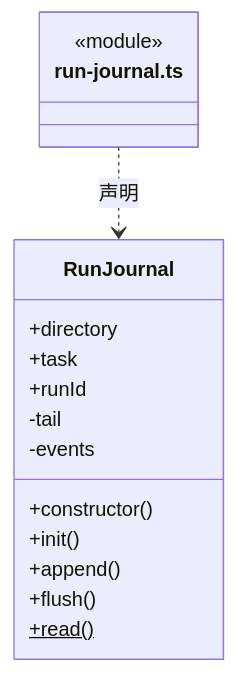
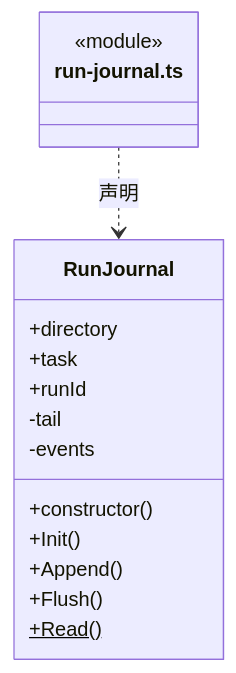
The second of 4 diagrams in src/logic/execution/storage/ARCHITECTURE.md (nan023062/cbim), drawn with Mermaid before and after one commit. The commit also changed other lines of this file and 1035 other files, not shown here.

````diff
--- a/src/logic/execution/storage/ARCHITECTURE.md
+++ b/src/logic/execution/storage/ARCHITECTURE.md
@@ -45,19 +45,19 @@
 ```mermaid
 classDiagram
 class N_src_logic_execution_storage_run_journal_ts["run-journal.ts"] {
   <<module>>
 }
 class N_src_logic_execution_storage_run_journal_ts_RunJournal["RunJournal"] {
   +directory
   +task
   +runId
   +constructor()
-  +init()
-  +append()
-  +flush()
-  +read()$
+  +Init()
+  +Append()
+  +Flush()
+  +Read()$
   -tail
   -events
 }
 N_src_logic_execution_storage_run_journal_ts ..> N_src_logic_execution_storage_run_journal_ts_RunJournal : 声明
 ```
````
